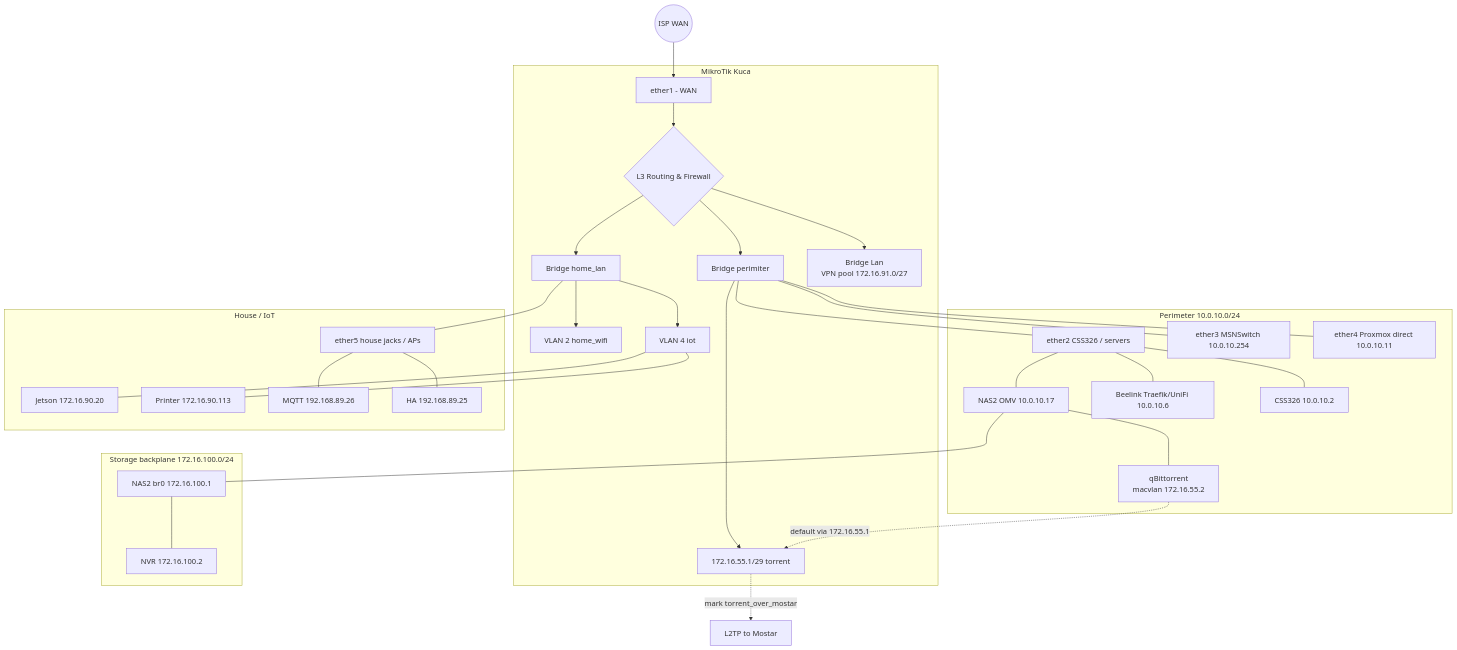
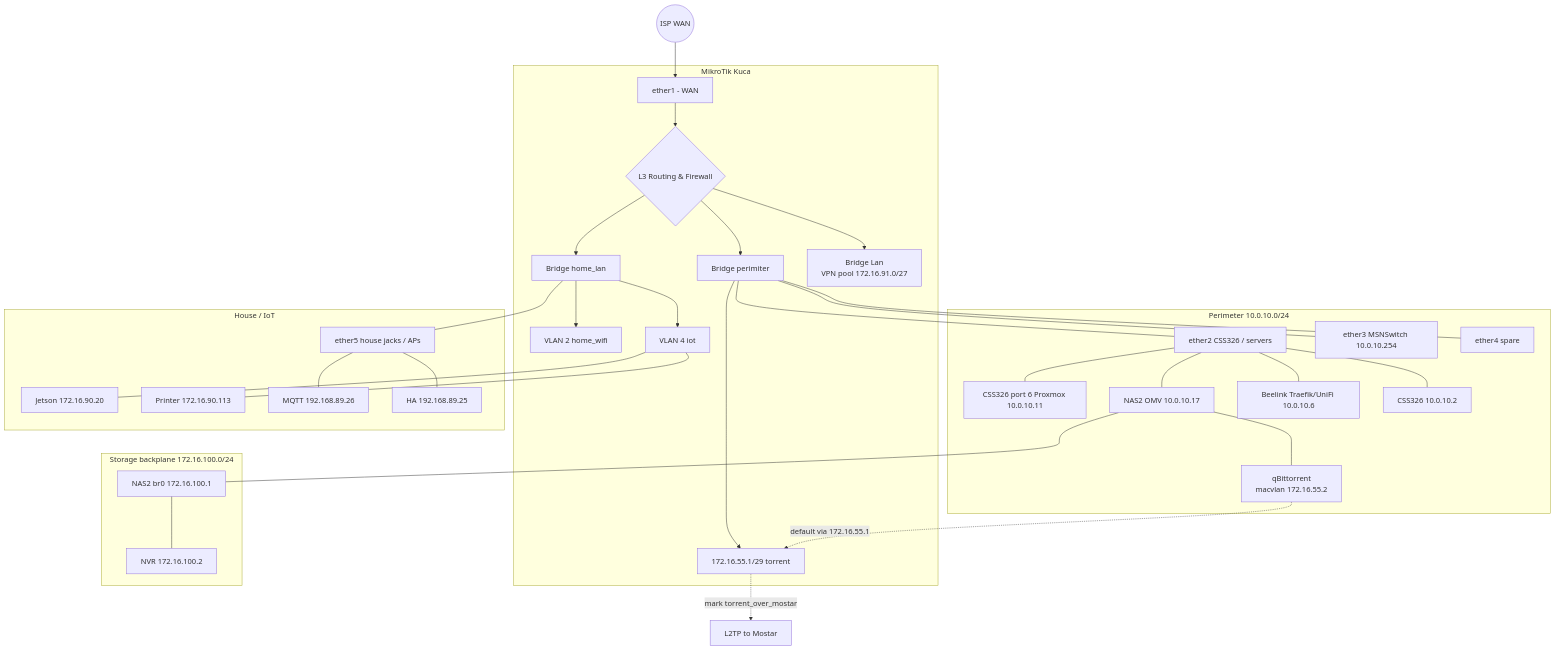
The second of 4 diagrams in infrastructure/networking.md (zlatko-lakisic/My-Futuristic-Home), drawn with Mermaid before and after one commit. The commit also changed 7 other files, not shown here.

First line of the commit message:
Move the Proxmox link watchdog from hAP ether4 to CSS326 port 6.

````diff
--- a/infrastructure/networking.md
+++ b/infrastructure/networking.md
@@ -48,41 +48,42 @@
 ```mermaid
 flowchart TB
   WAN((ISP WAN)) --> MT_WAN["ether1 - WAN"]
 
   subgraph MT["MikroTik Kuca"]
     MT_WAN --> R{L3 Routing & Firewall}
 
     R --> PER[Bridge perimiter]
     R --> HOME[Bridge home_lan]
     R --> LAN_VPN["Bridge Lan<br/>VPN pool 172.16.91.0/27"]
     HOME --> V2["VLAN 2 home_wifi"]
     HOME --> V4["VLAN 4 iot"]
     PER --> TORNET["172.16.55.1/29 torrent"]
   end
 
   subgraph PERZ["Perimeter 10.0.10.0/24"]
     PER --- E2[ether2 CSS326 / servers]
     PER --- E3[ether3 MSNSwitch 10.0.10.254]
-    PER --- E4[ether4 Proxmox direct 10.0.10.11]
+    PER --- E4[ether4 spare]
+    E2 --- PX["CSS326 port 6 Proxmox 10.0.10.11"]
     E2 --- NAS2["NAS2 OMV 10.0.10.17"]
     E2 --- BEE[Beelink Traefik/UniFi 10.0.10.6]
     E2 --- CSS[CSS326 10.0.10.2]
     NAS2 --- QBIT["qBittorrent<br/>macvlan 172.16.55.2"]
   end
 
   subgraph STORE["Storage backplane 172.16.100.0/24"]
     NAS2 --- BR0["NAS2 br0 172.16.100.1"]
     BR0 --- NVR["NVR 172.16.100.2"]
   end
 
   subgraph HOUSE["House / IoT"]
     HOME --- E5[ether5 house jacks / APs]
     V4 --- JET["Jetson 172.16.90.20"]
     V4 --- PRINT["Printer 172.16.90.113"]
     E5 --- MQTT["MQTT 192.168.89.26"]
     E5 --- HA["HA 192.168.89.25"]
   end
 
   QBIT -.->|default via 172.16.55.1| TORNET
   TORNET -.->|mark torrent_over_mostar| L2TP[L2TP to Mostar]
 ```
````
